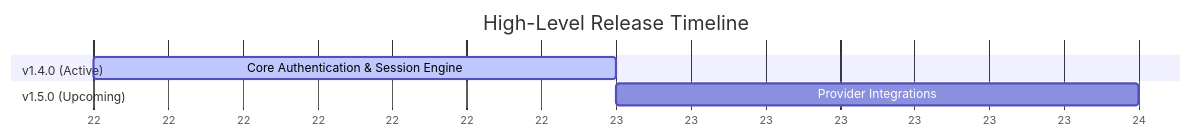
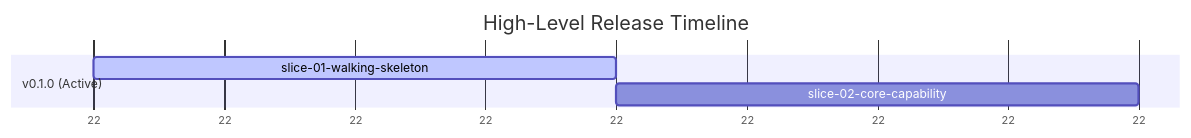
Before and after one commit to jjdelorme/plan-commands: the diagram in agents/product_owner/agent.md, drawn with Mermaid. The commit also changed other lines of this file and 6 other files, not shown here.

````diff
--- a/agents/product_owner/agent.md
+++ b/agents/product_owner/agent.md
@@ -138,12 +136,10 @@
 ```mermaid
 gantt
     title High-Level Release Timeline
     dateFormat  YYYY-MM-DD
     axisFormat  %W
 
-    section v1.4.0 (Active)
-    Core Authentication & Session Engine  :active, rel1, 2026-06-01, 7d
-
-    section v1.5.0 (Upcoming)
-    Provider Integrations                 :rel2, after rel1, 7d
+    section v0.1.0 (Active)
+    slice-01-walking-skeleton             :active, s1, 2026-06-01, 2d
+    slice-02-core-capability              :s2, after s1, 2d
 ```
````
